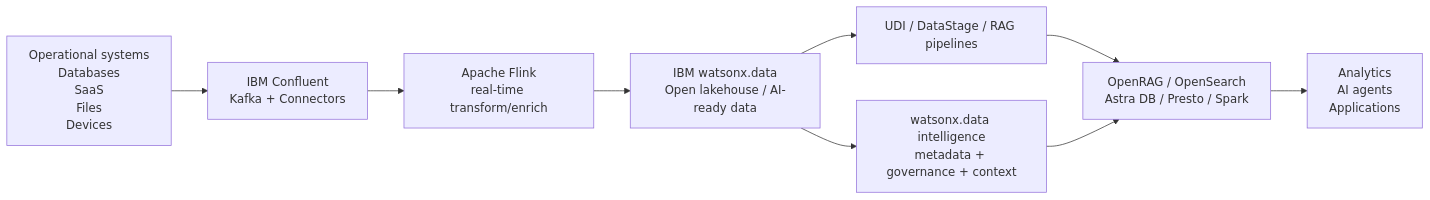
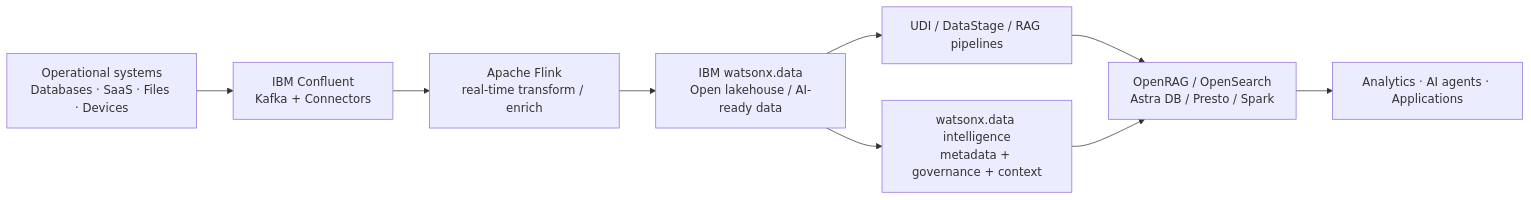
The diagram in docs-src/data-core/index.md (ibm-self-serve-assets/building-blocks2.0), drawn with Mermaid before and after one commit. The commit also changed other lines of this file and 14 other files, not shown here.

````diff
--- a/docs-src/data-core/index.md
+++ b/docs-src/data-core/index.md
@@ -101,11 +95,11 @@
 ```mermaid
 flowchart LR
-    S["Operational systems<br/>Databases<br/>SaaS<br/>Files<br/>Devices"] --> C["IBM Confluent<br/>Kafka + Connectors"]
-    C --> F["Apache Flink<br/>real-time transform/enrich"]
+    S["Operational systems<br/>Databases · SaaS · Files · Devices"] --> C["IBM Confluent<br/>Kafka + Connectors"]
+    C --> F["Apache Flink<br/>real-time transform / enrich"]
     F --> W["IBM watsonx.data<br/>Open lakehouse / AI-ready data"]
     W --> I["watsonx.data intelligence<br/>metadata + governance + context"]
     W --> P["UDI / DataStage / RAG pipelines"]
     P --> Q["OpenRAG / OpenSearch<br/>Astra DB / Presto / Spark"]
     I --> Q
-    Q --> A["Analytics<br/>AI agents<br/>Applications"]
+    Q --> A["Analytics · AI agents · Applications"]
 ```
````
